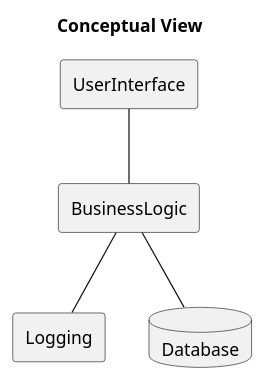
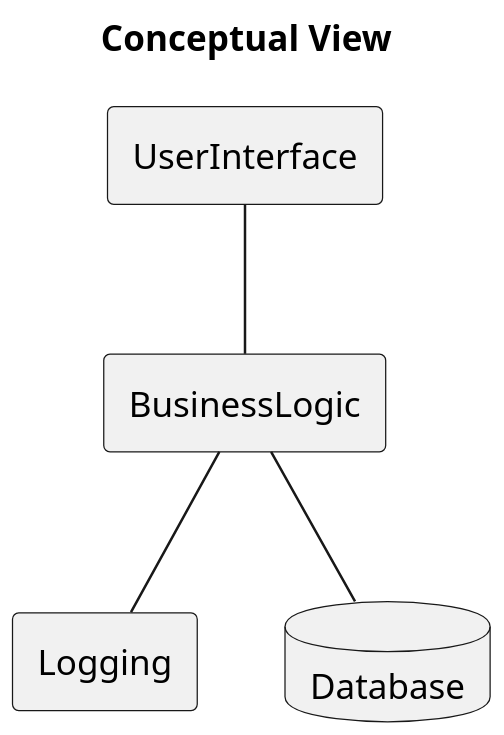
The first of 3 diagrams in Lectures/12-Packages.org (bth-dipt-teaching/PA1458-OO-Design), drawn with PlantUML before and after one commit. The commit also changed other lines of this file and 2 other files, not shown here.

```diff
--- a/Lectures/12-Packages.org
+++ b/Lectures/12-Packages.org
@@ -13,18 +13,19 @@
 #+begin_src plantuml :file FUML-Conceptual.png
+scale 2
 title Conceptual View
 package UserInterface <<Rectangle>> {
 }
 
 package BusinessLogic <<Rectangle>> {
 }
 
 package Logging <<Rectangle>> {
 }
 
 package Database <<Database>> {
 }
 
 UserInterface -- BusinessLogic
 BusinessLogic -- Logging
 BusinessLogic -- Database
 #+end_src
```
